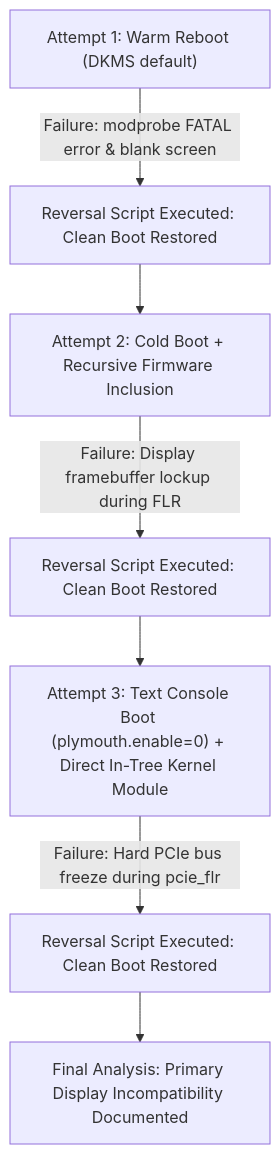
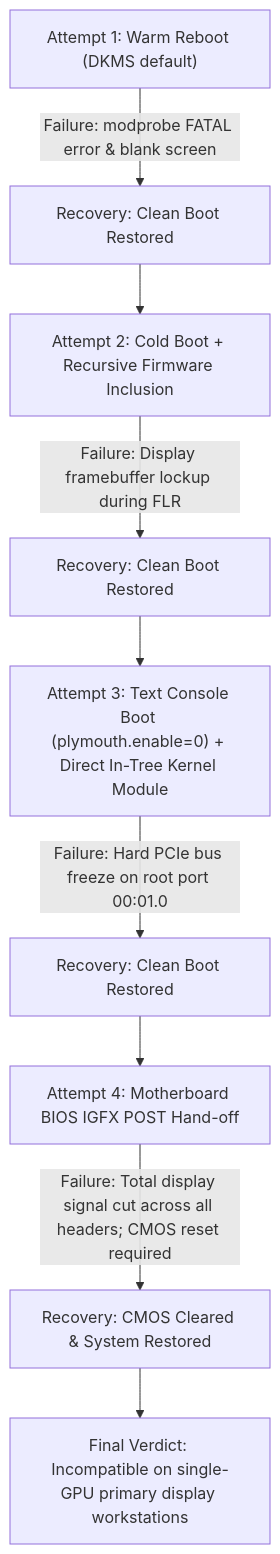
One commit to srfrnk/gpu-unlock changed the diagram in PLAN.md. Above: the diagram before and after it, drawn with Mermaid. The commit also changed other lines of this file and 2 other files, not shown here.

First line of the commit message:
docs: document final incompatibility findings on primary display workstations

````diff
--- a/PLAN.md
+++ b/PLAN.md
@@ -86,9 +86,11 @@
 ```mermaid
 flowchart TD
-    A["Attempt 1: Warm Reboot (DKMS default)"] -->|Failure: modprobe FATAL error & blank screen| B["Reversal Script Executed: Clean Boot Restored"]
+    A["Attempt 1: Warm Reboot (DKMS default)"] -->|Failure: modprobe FATAL error & blank screen| B["Recovery: Clean Boot Restored"]
     B --> C["Attempt 2: Cold Boot + Recursive Firmware Inclusion"]
-    C -->|Failure: Display framebuffer lockup during FLR| D["Reversal Script Executed: Clean Boot Restored"]
+    C -->|Failure: Display framebuffer lockup during FLR| D["Recovery: Clean Boot Restored"]
     D --> E["Attempt 3: Text Console Boot (plymouth.enable=0) + Direct In-Tree Kernel Module"]
-    E -->|Failure: Hard PCIe bus freeze during pcie_flr| F["Reversal Script Executed: Clean Boot Restored"]
-    F --> G["Final Analysis: Primary Display Incompatibility Documented"]
+    E -->|Failure: Hard PCIe bus freeze on root port 00:01.0| F["Recovery: Clean Boot Restored"]
+    F --> G["Attempt 4: Motherboard BIOS IGFX POST Hand-off"]
+    G -->|Failure: Total display signal cut across all headers; CMOS reset required| H["Recovery: CMOS Cleared & System Restored"]
+    H --> I["Final Verdict: Incompatible on single-GPU primary display workstations"]
 ```
````
